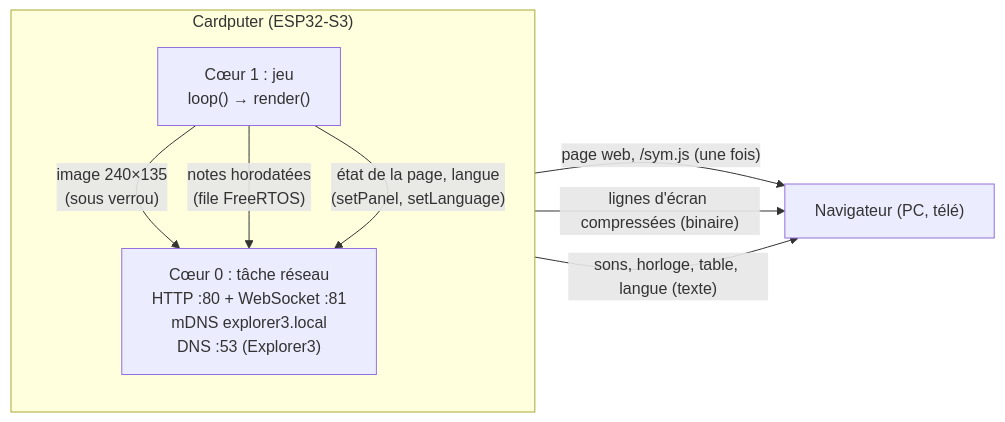
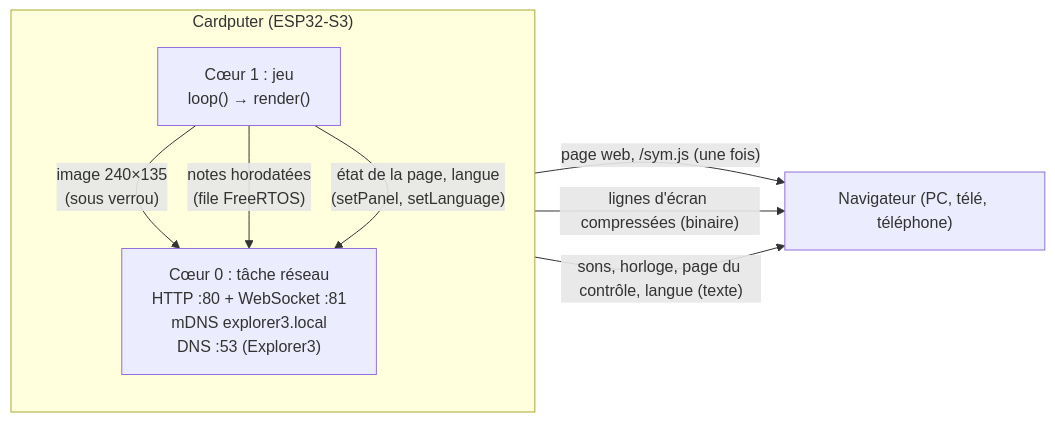
One commit to RyoSaeba89/Escape-Game-Cardputer changed the second of 2 diagrams in docs/TECHNIQUE.md. Above: the diagram before and after it, drawn with Mermaid. The commit also changed other lines of this file and 9 other files, not shown here.

First line of the commit message:
Mode multijoueur : deux équipes, une page pour chaque équipe

````diff
--- a/docs/TECHNIQUE.md
+++ b/docs/TECHNIQUE.md
@@ -263,13 +267,13 @@
 ```mermaid
 flowchart LR
     subgraph Cardputer["Cardputer (ESP32-S3)"]
         direction TB
         G["Cœur 1 : jeu<br/>loop() → render()"] -->|"image 240×135<br/>(sous verrou)"| N
         G -->|"notes horodatées<br/>(file FreeRTOS)"| N
         G -->|"état de la page, langue<br/>(setPanel, setLanguage)"| N
         N["Cœur 0 : tâche réseau<br/>HTTP :80 + WebSocket :81<br/>mDNS explorer3.local<br/>DNS :53 (Explorer3)"]
     end
-    N -->|"page web, /sym.js (une fois)"| B["Navigateur (PC, télé)"]
+    N -->|"page web, /sym.js (une fois)"| B["Navigateur (PC, télé, téléphone)"]
     N -->|"lignes d'écran compressées (binaire)"| B
-    N -->|"sons, horloge, table, langue (texte)"| B
+    N -->|"sons, horloge, page du contrôle, langue (texte)"| B
 ```
````
